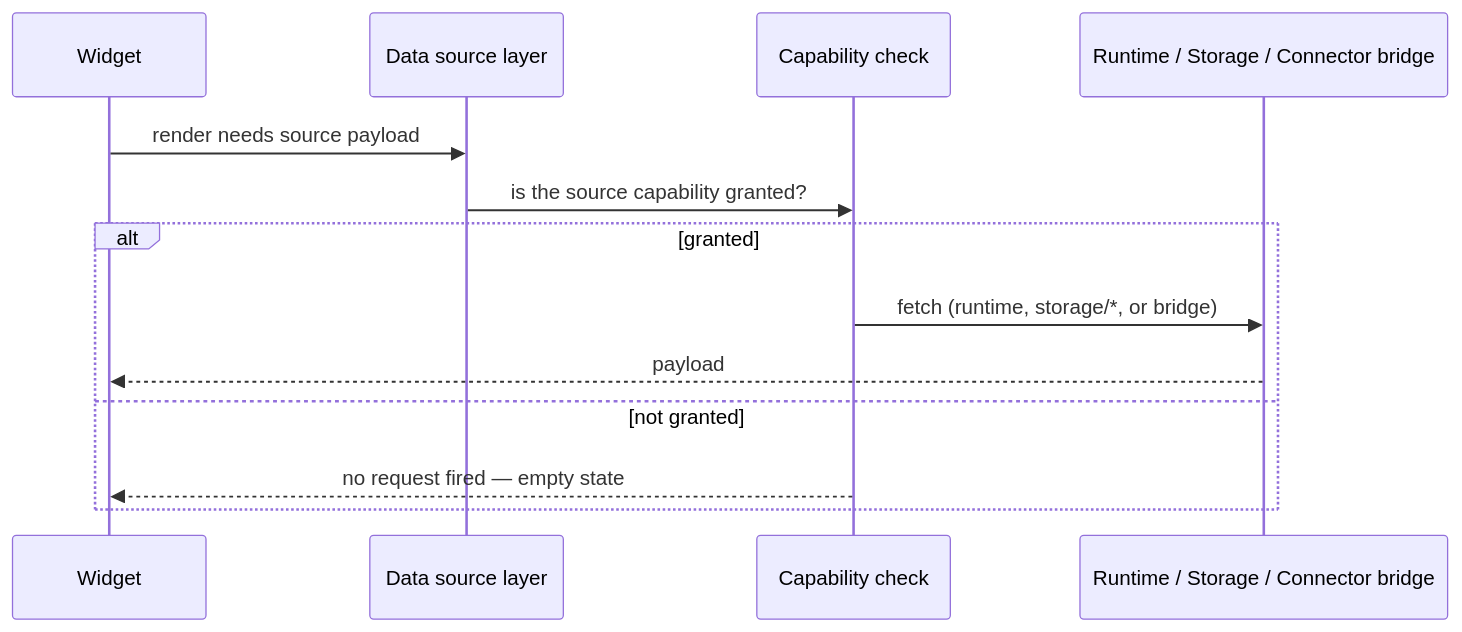
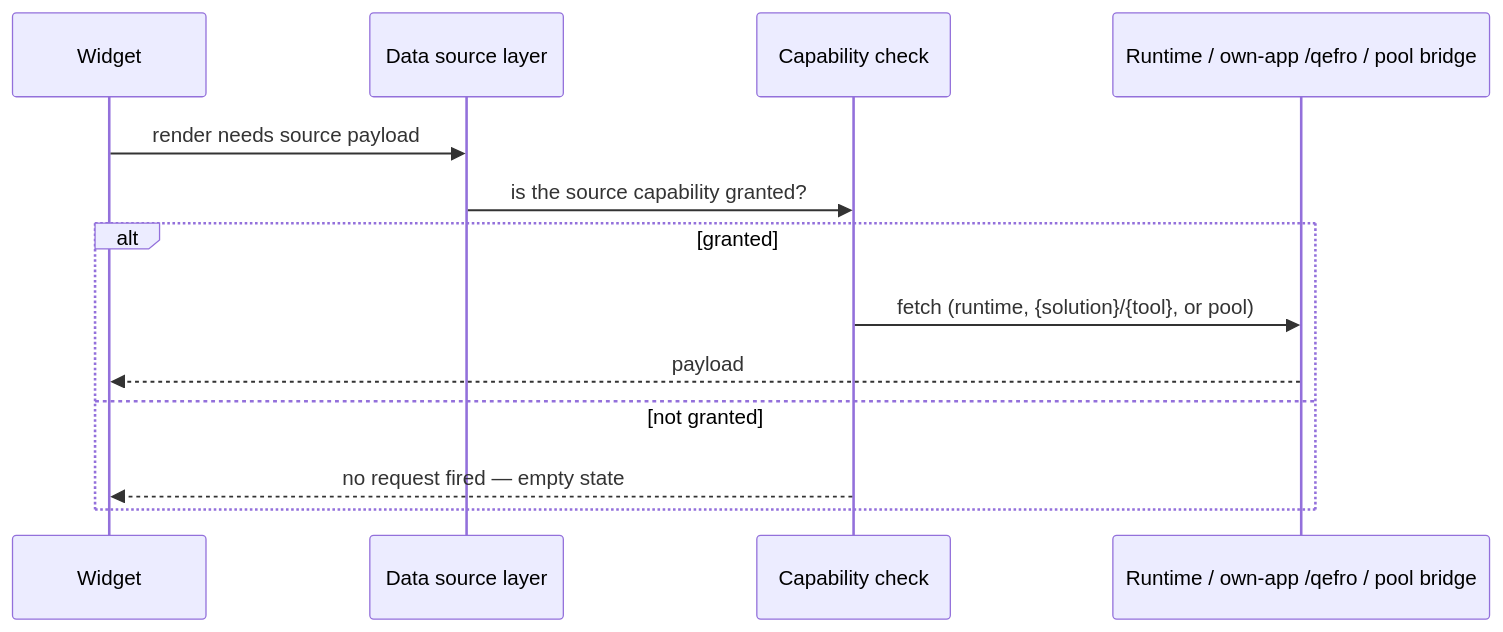
Before and after one commit to qefro-ai/qefro-documentation: the second of 2 diagrams in docs/solutions/capabilities.md, drawn with Mermaid. The commit also changed other lines of this file and 11 other files, not shown here.

````diff
--- a/docs/solutions/capabilities.md
+++ b/docs/solutions/capabilities.md
@@ -102,15 +103,15 @@
 ```mermaid
 sequenceDiagram
     participant W as Widget
     participant DS as Data source layer
     participant CAP as Capability check
-    participant RT as Runtime / Storage / Connector bridge
+    participant RT as Runtime / own-app /qefro / pool bridge
     W->>DS: render needs source payload
     DS->>CAP: is the source capability granted?
     alt granted
-        CAP->>RT: fetch (runtime, storage/*, or bridge)
+        CAP->>RT: fetch (runtime, {solution}/{tool}, or pool)
         RT-->>W: payload
     else not granted
         CAP-->>W: no request fired — empty state
     end
 ```
````
